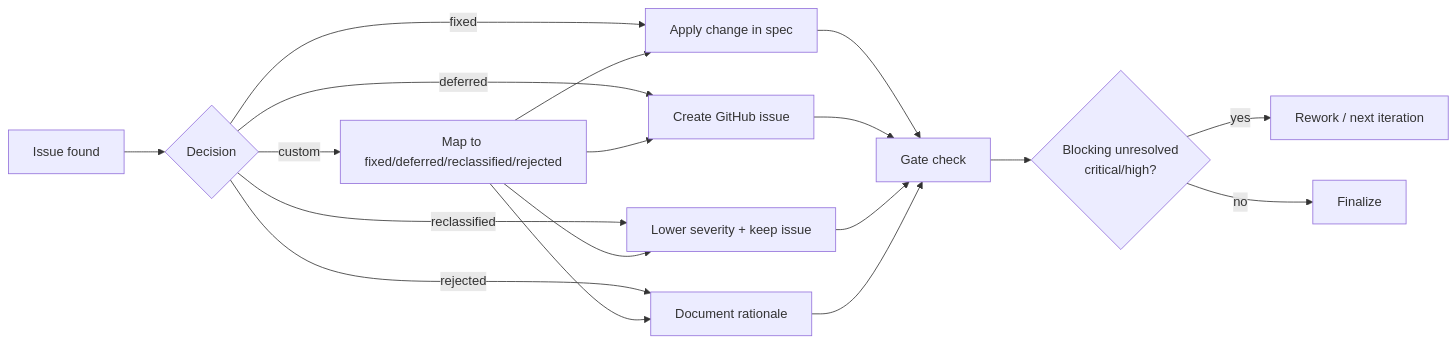
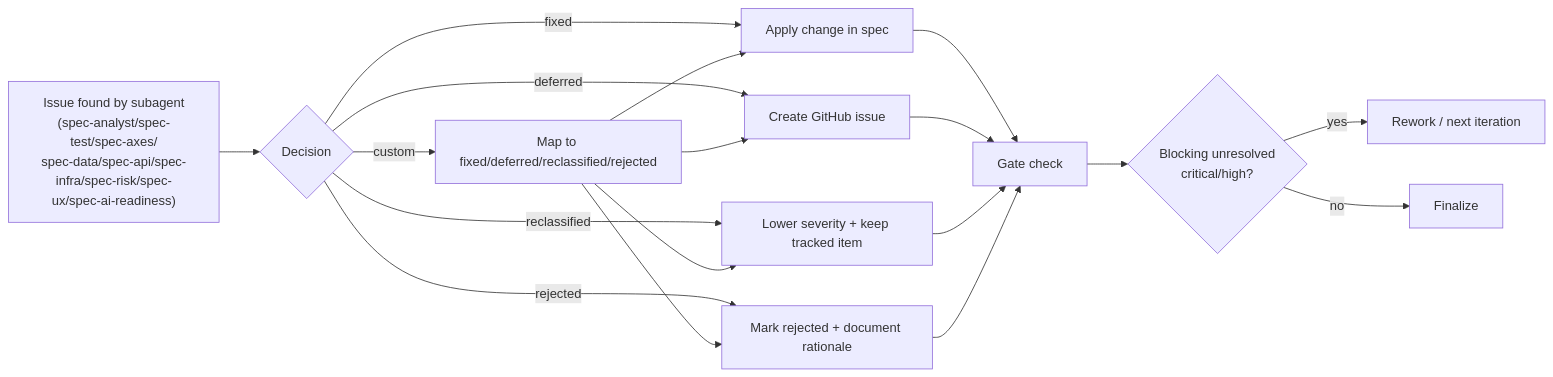
One commit to dapi/claude-code-marketplace changed the second of 2 diagrams in spec-reviewer/README.md. Above: the diagram before and after it, drawn with Mermaid. The commit also changed other lines of this file and 1 other file, not shown here.

Commit message:
docs(readme): show subagent names in mermaid diagrams

````diff
--- a/spec-reviewer/README.md
+++ b/spec-reviewer/README.md
@@ -123,24 +127,24 @@
 ```mermaid
 flowchart LR
-    A["Issue found"] --> B{"Decision"}
+    A["Issue found by subagent<br/>(spec-analyst/spec-test/spec-axes/<br/>spec-data/spec-api/spec-infra/spec-risk/spec-ux/spec-ai-readiness)"] --> B{"Decision"}
 
     B -->|"fixed"| C["Apply change in spec"]
     B -->|"deferred"| D["Create GitHub issue"]
-    B -->|"reclassified"| E["Lower severity + keep issue"]
-    B -->|"rejected"| F["Document rationale"]
+    B -->|"reclassified"| E["Lower severity + keep tracked item"]
+    B -->|"rejected"| F["Mark rejected + document rationale"]
     B -->|"custom"| G["Map to fixed/deferred/reclassified/rejected"]
 
     G --> C
     G --> D
     G --> E
     G --> F
 
     C --> H["Gate check"]
     D --> H
     E --> H
     F --> H
 
     H --> I{"Blocking unresolved<br/>critical/high?"}
     I -->|"yes"| J["Rework / next iteration"]
     I -->|"no"| K["Finalize"]
 ```
````
